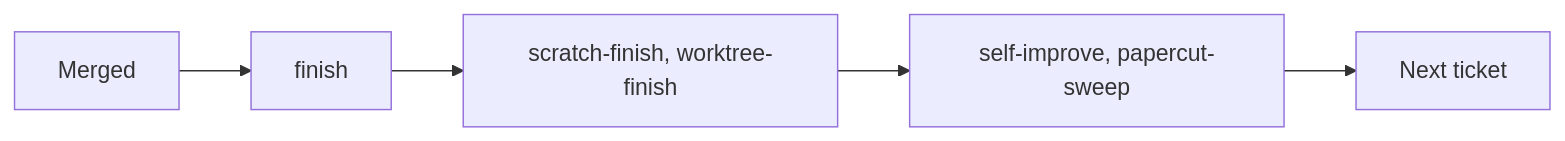
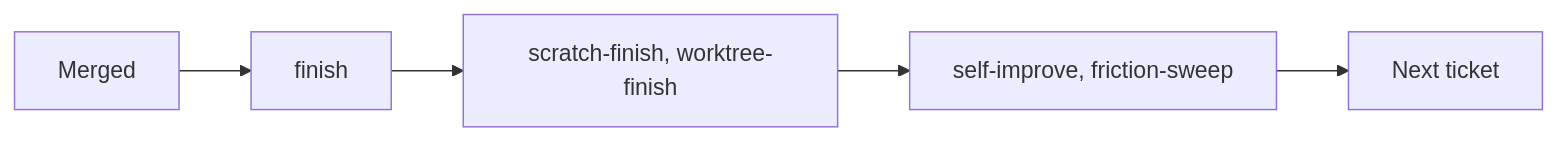
One commit to FAZuH/agent changed the ninth of 14 diagrams in docs/skill-guide.md. Above: the diagram before and after it, drawn with Mermaid. The commit also changed other lines of this file and 24 other files, not shown here.

````diff
--- a/docs/skill-guide.md
+++ b/docs/skill-guide.md
@@ -191,7 +191,7 @@
 ```mermaid
 flowchart LR
   M[Merged] --> F[finish]
   F --> A[scratch-finish, worktree-finish]
-  A --> I[self-improve, papercut-sweep]
+  A --> I[self-improve, friction-sweep]
   I --> N[Next ticket]
 ```
````
